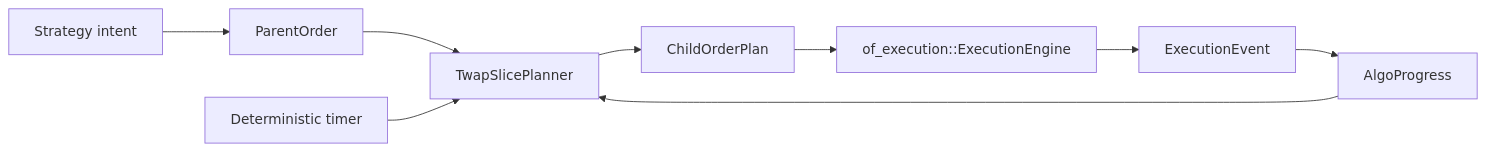
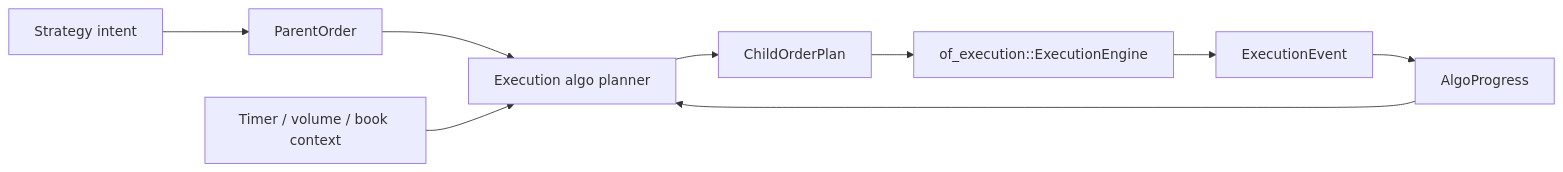
The diagram in docs/handbook/05k-of-execution-algos-reference.md (gregorian-09/orderflow), drawn with Mermaid before and after one commit. The commit also changed other lines of this file and 5 other files, not shown here.

First line of the commit message:
feat(execution-algos): add passive queue planner

````diff
--- a/docs/handbook/05k-of-execution-algos-reference.md
+++ b/docs/handbook/05k-of-execution-algos-reference.md
@@ -11,11 +12,11 @@
 ```mermaid
 flowchart LR
     Intent[Strategy intent] --> Parent[ParentOrder]
-    Parent --> Planner[TwapSlicePlanner]
-    Timer[Deterministic timer] --> Planner
+    Parent --> Planner[Execution algo planner]
+    Timer[Timer / volume / book context] --> Planner
     Progress[AlgoProgress] --> Planner
     Planner --> Plan[ChildOrderPlan]
     Plan --> OMS[of_execution::ExecutionEngine]
     OMS --> Event[ExecutionEvent]
     Event --> Progress
 ```
````
